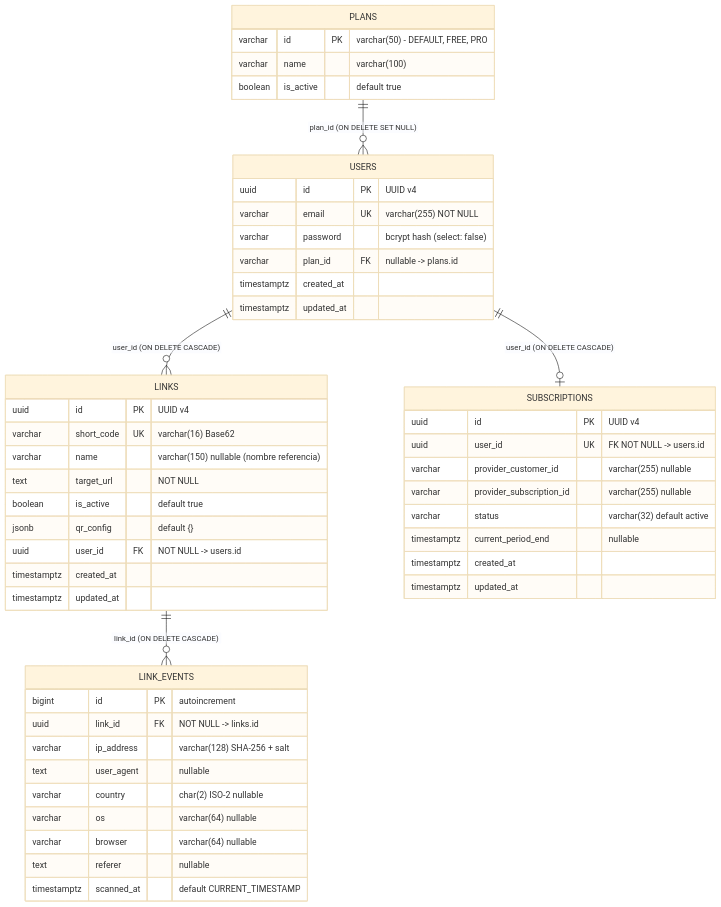
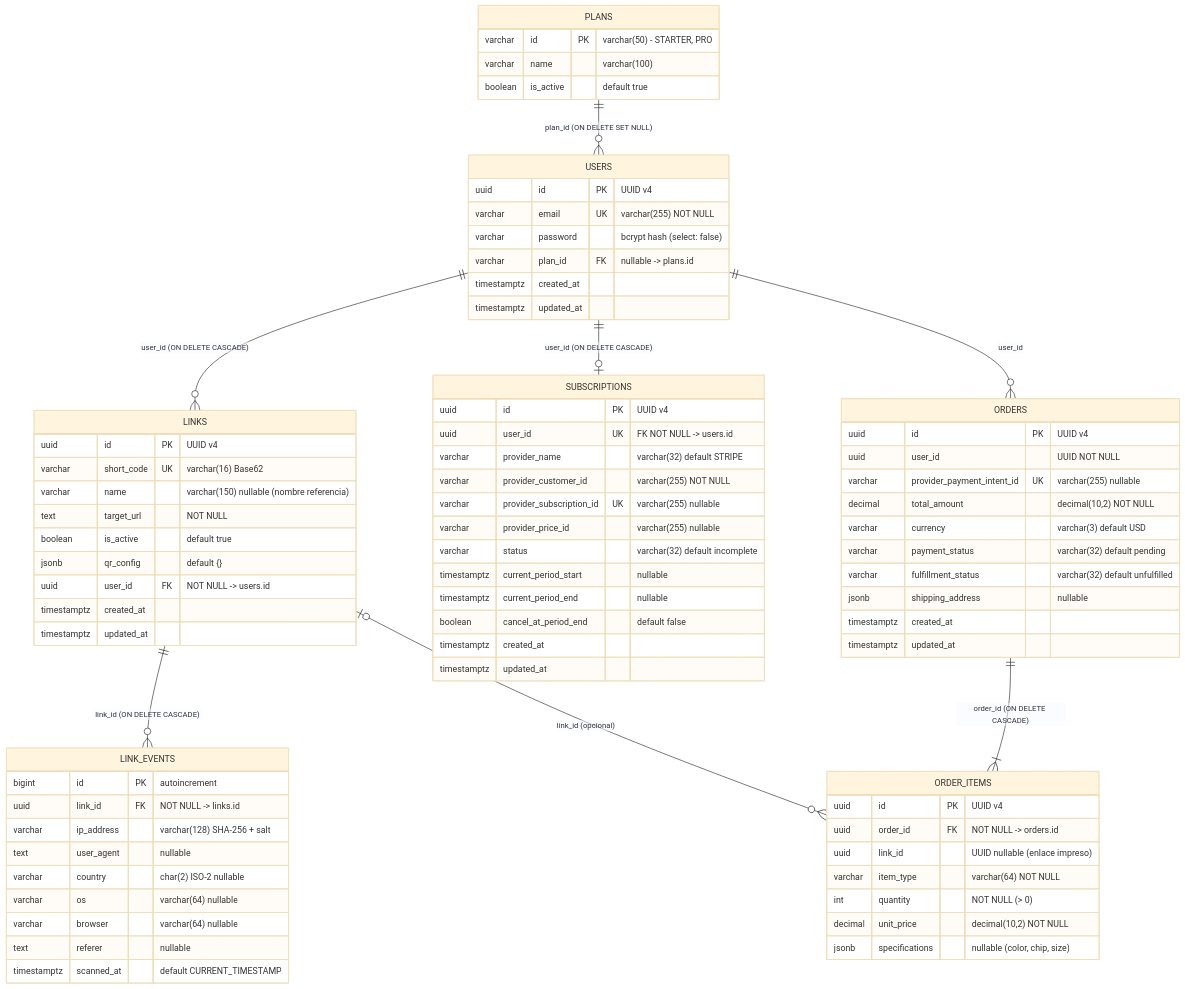
The second of 2 diagrams in docs/database.md (kevinPoncema/shorte-link), drawn with Mermaid (base theme) before and after one commit. The commit also changed other lines of this file and 5 other files, not shown here.

Commit message:
feat: add Stripe billing, physical orders support, and automated plan catalog seeding

````diff
--- a/docs/database.md
+++ b/docs/database.md
@@ -91,10 +123,13 @@
   PLANS ||--o{ USERS : "plan_id (ON DELETE SET NULL)"
   USERS ||--o{ LINKS : "user_id (ON DELETE CASCADE)"
   USERS ||--o| SUBSCRIPTIONS : "user_id (ON DELETE CASCADE)"
+  USERS ||--o{ ORDERS : "user_id"
+  ORDERS ||--|{ ORDER_ITEMS : "order_id (ON DELETE CASCADE)"
   LINKS ||--o{ LINK_EVENTS : "link_id (ON DELETE CASCADE)"
+  LINKS |o--o{ ORDER_ITEMS : "link_id (opcional)"
 
   PLANS {
-    varchar id PK "varchar(50) - DEFAULT, FREE, PRO"
+    varchar id PK "varchar(50) - STARTER, PRO"
     varchar name "varchar(100)"
     boolean is_active "default true"
   }
@@ -135,11 +170,38 @@
   SUBSCRIPTIONS {
     uuid id PK "UUID v4"
     uuid user_id UK "FK NOT NULL -> users.id"
-    varchar provider_customer_id "varchar(255) nullable"
-    varchar provider_subscription_id "varchar(255) nullable"
-    varchar status "varchar(32) default active"
+    varchar provider_name "varchar(32) default STRIPE"
+    varchar provider_customer_id "varchar(255) NOT NULL"
+    varchar provider_subscription_id UK "varchar(255) nullable"
+    varchar provider_price_id "varchar(255) nullable"
+    varchar status "varchar(32) default incomplete"
+    timestamptz current_period_start "nullable"
     timestamptz current_period_end "nullable"
+    boolean cancel_at_period_end "default false"
     timestamptz created_at
     timestamptz updated_at
   }
+
+  ORDERS {
+    uuid id PK "UUID v4"
+    uuid user_id "UUID NOT NULL"
+    varchar provider_payment_intent_id UK "varchar(255) nullable"
+    decimal total_amount "decimal(10,2) NOT NULL"
+    varchar currency "varchar(3) default USD"
+    varchar payment_status "varchar(32) default pending"
+    varchar fulfillment_status "varchar(32) default unfulfilled"
+    jsonb shipping_address "nullable"
+    timestamptz created_at
+    timestamptz updated_at
+  }
+
+  ORDER_ITEMS {
+    uuid id PK "UUID v4"
+    uuid order_id FK "NOT NULL -> orders.id"
+    uuid link_id "UUID nullable (enlace impreso)"
+    varchar item_type "varchar(64) NOT NULL"
+    int quantity "NOT NULL (> 0)"
+    decimal unit_price "decimal(10,2) NOT NULL"
+    jsonb specifications "nullable (color, chip, size)"
+  }
 ```
````
